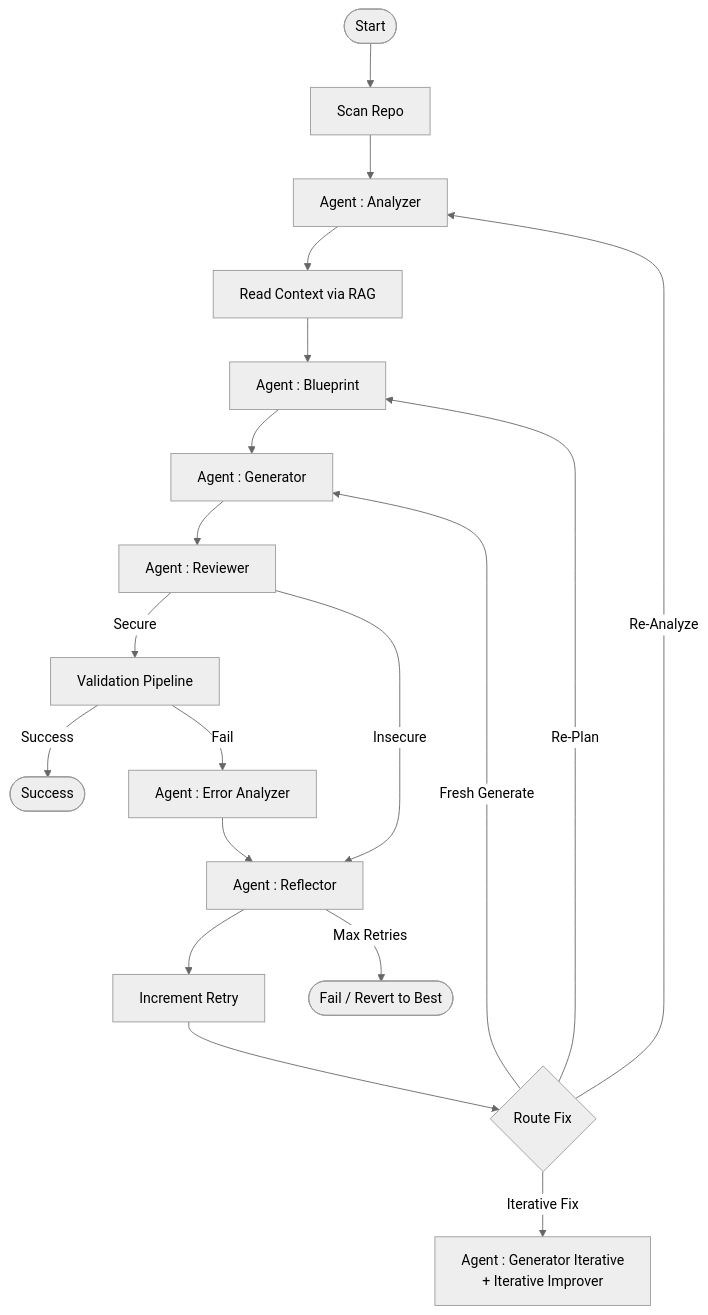
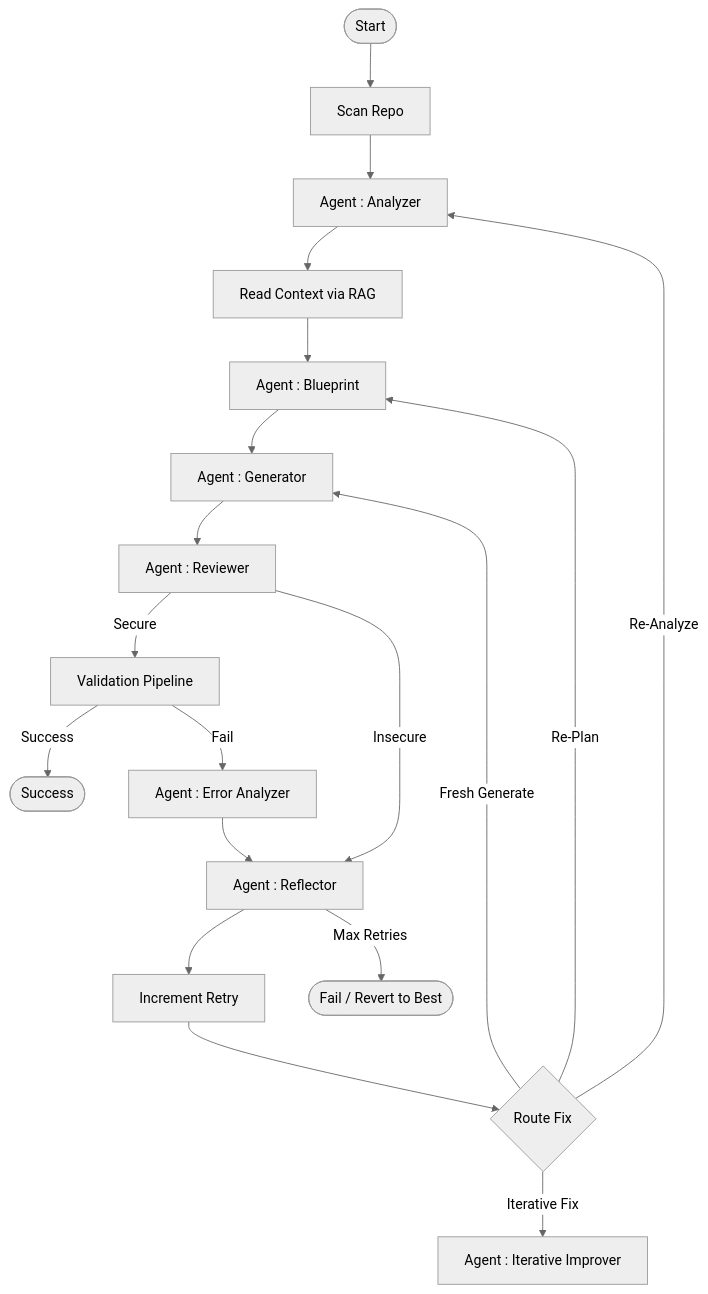
The diagram in README.md (itzzjb/dockai), drawn with Mermaid (neutral theme) before and after one commit. The commit also changed other lines of this file and 12 other files, not shown here.

Commit message:
Remove iterative generator references and instructions from configuration, documentation, and codebase; streamline Dockerfile generation process.

````diff
--- a/README.md
+++ b/README.md
@@ -60,26 +59,26 @@
 ```mermaid
 graph TD
     Start([Start]) --> Scan[Scan Repo]
     Scan --> Analyze[Agent : Analyzer]
     Analyze --> ReadFiles[Read Context via RAG]
     ReadFiles --> Blueprint[Agent : Blueprint]
     Blueprint --> Generate[Agent : Generator]
     Generate --> Review[Agent : Reviewer]
     
     Review -->|Secure| Validate[Validation Pipeline]
     Review -->|Insecure| Reflect
     
     Validate -->|Success| End([Success])
     Validate -->|Fail| ErrorAnalyze[Agent : Error Analyzer]
     ErrorAnalyze --> Reflect[Agent : Reflector]
     
     Reflect --> IncRetry[Increment Retry]
     IncRetry --> Route{Route Fix}
     
     Route -->|Re-Analyze| Analyze
     Route -->|Re-Plan| Blueprint
-    Route -->|Iterative Fix| GenIterative[Agent : Generator Iterative<br/>+ Iterative Improver]
+    Route -->|Iterative Fix| GenIterative[Agent : Iterative Improver]
     Route -->|Fresh Generate| Generate
     
     Reflect -->|Max Retries| EndFail([Fail / Revert to Best])
 ```
````
